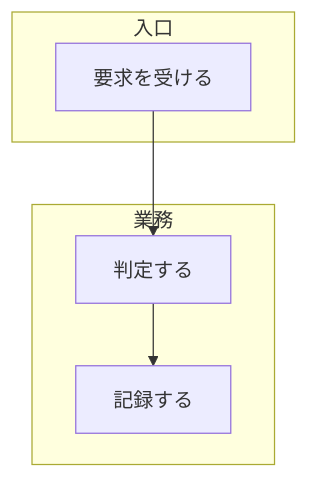
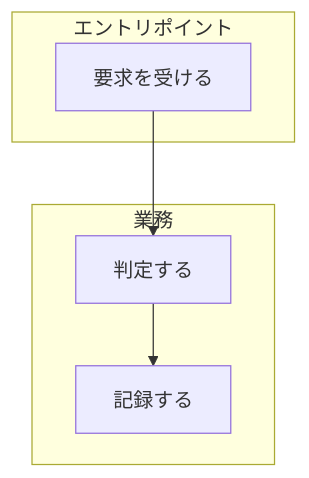
One commit to devbasex/ai-plugins changed the second of 3 diagrams in plugins/ndf/skills/design/references/system-architecture.md. Above: the diagram before and after it, drawn with Mermaid. The commit also changed other lines of this file and 3010 other files, not shown here.

````diff
--- a/plugins/ndf/skills/design/references/system-architecture.md
+++ b/plugins/ndf/skills/design/references/system-architecture.md
@@ -39,11 +39,11 @@
 ```mermaid
 graph TD
-    subgraph 入口
+    subgraph エントリポイント
         A[要求を受ける]
     end
     subgraph 業務
         B[判定する]
         C[記録する]
     end
     A --> B --> C
 ```
````
